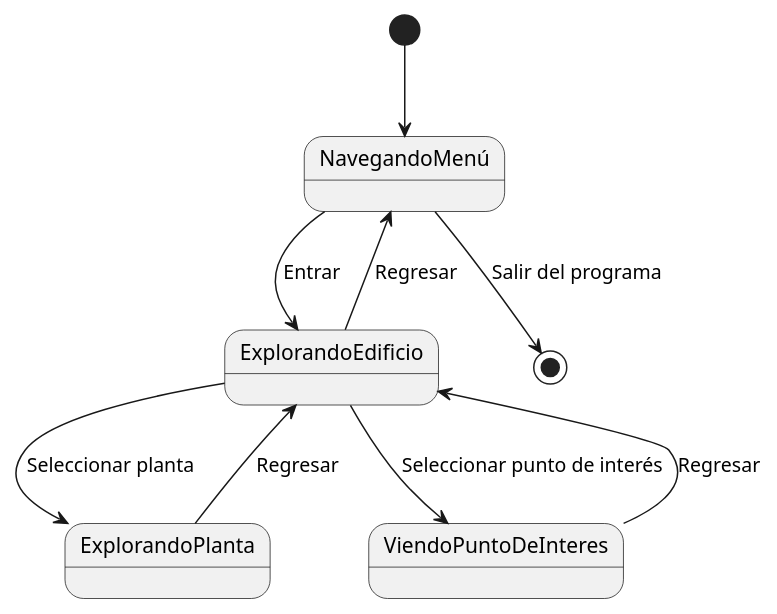
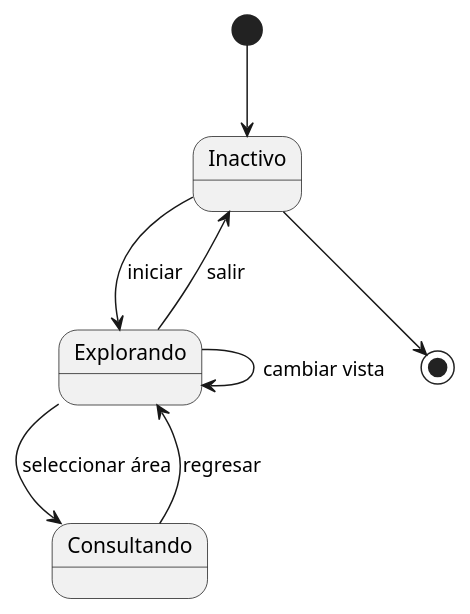
One commit to Camila-Lesly/25-26-idsw1-sdr changed the diagram in documentos/00-modeloDeDominio/DiagramaDeEstados/DdEVisitante/diagramaDeEstados.puml. Above: the diagram before and after it, drawn with PlantUML. The commit also changed 4 other files, not shown here.

Commit message:
fix: making first advancements on object diagram and refactor to follow the established standard on README

```diff
--- a/documentos/00-modeloDeDominio/DiagramaDeEstados/DdEVisitante/diagramaDeEstados.puml
+++ b/documentos/00-modeloDeDominio/DiagramaDeEstados/DdEVisitante/diagramaDeEstados.puml
@@ -1,16 +1,17 @@
 @startuml
 
-[*] --> NavegandoMenú
+[*] --> Inactivo
 
-NavegandoMenú --> ExplorandoEdificio : Entrar
-ExplorandoEdificio --> NavegandoMenú : Regresar
+state Inactivo
+state Explorando
+state Consultando
 
-ExplorandoEdificio --> ExplorandoPlanta : Seleccionar planta
-ExplorandoPlanta --> ExplorandoEdificio : Regresar
+Inactivo --> Explorando : iniciar
+Explorando --> Inactivo : salir
+Explorando --> Explorando : cambiar vista
+Explorando --> Consultando : seleccionar área
+Consultando --> Explorando : regresar
 
-ExplorandoEdificio --> ViendoPuntoDeInteres : Seleccionar punto de interés
-ViendoPuntoDeInteres --> ExplorandoEdificio : Regresar
-
-NavegandoMenú --> [*] : Salir del programa
+Inactivo --> [*]
 
 @enduml
```
